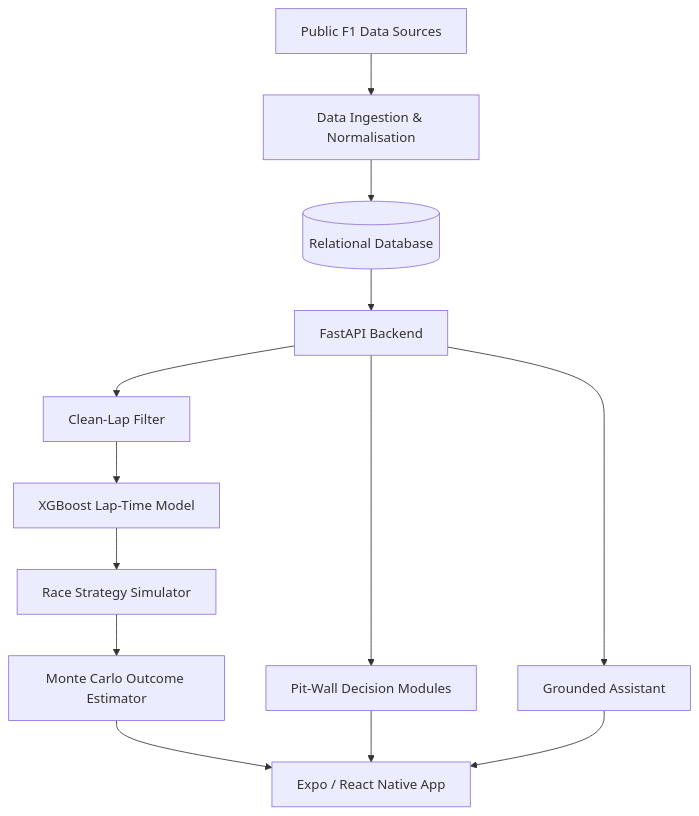
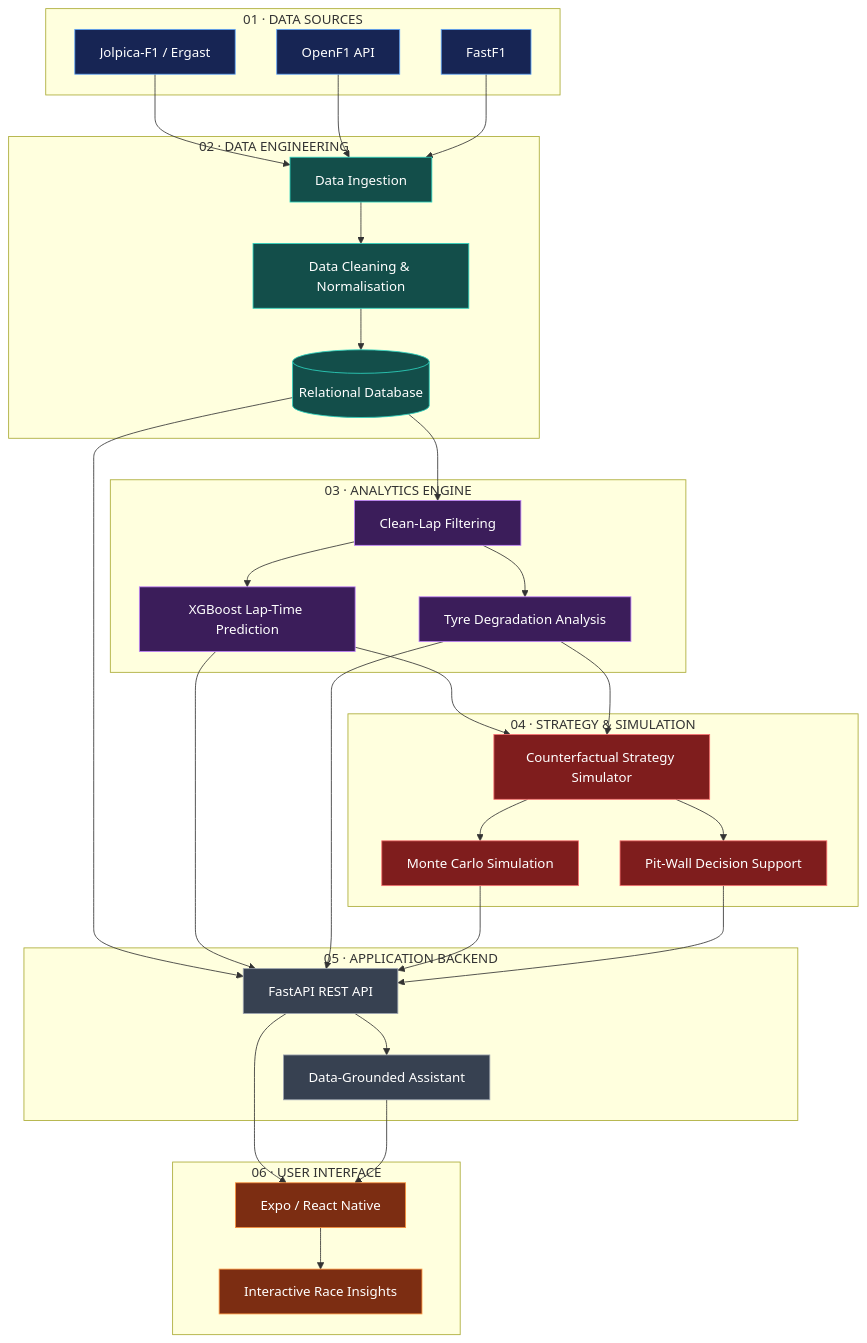
One commit to ankith-official/OpenTyreF1 changed the diagram in README.md. Above: the diagram before and after it, drawn with Mermaid. The commit also changed other lines of this file, not shown here.

````diff
--- a/README.md
+++ b/README.md
@@ -82,15 +92,72 @@
 ```mermaid
-flowchart TD
-    A["Public F1 Data Sources"] --> B["Data Ingestion & Normalisation"]
-    B --> C[("Relational Database")]
-    C --> D["FastAPI Backend"]
-    D --> E["Clean-Lap Filter"]
-    E --> F["XGBoost Lap-Time Model"]
-    F --> G["Race Strategy Simulator"]
-    G --> H["Monte Carlo Outcome Estimator"]
-    D --> I["Pit-Wall Decision Modules"]
-    D --> J["Grounded Assistant"]
-    H --> K["Expo / React Native App"]
-    I --> K
+flowchart TB
+    subgraph DATA["01 · DATA SOURCES"]
+        A["Jolpica-F1 / Ergast"]
+        B["OpenF1 API"]
+        C["FastF1"]
+    end
+
+    subgraph PIPELINE["02 · DATA ENGINEERING"]
+        D["Data Ingestion"]
+        E["Data Cleaning & Normalisation"]
+        F[("Relational Database")]
+    end
+
+    subgraph ENGINE["03 · ANALYTICS ENGINE"]
+        G["Clean-Lap Filtering"]
+        H["XGBoost Lap-Time Prediction"]
+        I["Tyre Degradation Analysis"]
+    end
+
+    subgraph SIMULATION["04 · STRATEGY & SIMULATION"]
+        J["Counterfactual Strategy Simulator"]
+        K["Monte Carlo Simulation"]
+        L["Pit-Wall Decision Support"]
+    end
+
+    subgraph API["05 · APPLICATION BACKEND"]
+        M["FastAPI REST API"]
+        N["Data-Grounded Assistant"]
+    end
+
+    subgraph CLIENT["06 · USER INTERFACE"]
+        O["Expo / React Native"]
+        P["Interactive Race Insights"]
+    end
+
+    A --> D
+    B --> D
+    C --> D
+    D --> E
+    E --> F
+    F --> G
+    G --> H
+    G --> I
+    H --> J
+    I --> J
     J --> K
+    J --> L
+    F --> M
+    H --> M
+    I --> M
+    K --> M
+    L --> M
+    M --> N
+    M --> O
+    N --> O
+    O --> P
+
+    classDef source fill:#172554,stroke:#60A5FA,color:#FFFFFF
+    classDef data fill:#134E4A,stroke:#2DD4BF,color:#FFFFFF
+    classDef ml fill:#3B1D5A,stroke:#C084FC,color:#FFFFFF
+    classDef strategy fill:#7F1D1D,stroke:#F87171,color:#FFFFFF
+    classDef backend fill:#374151,stroke:#9CA3AF,color:#FFFFFF
+    classDef client fill:#7C2D12,stroke:#FB923C,color:#FFFFFF
+
+    class A,B,C source
+    class D,E,F data
+    class G,H,I ml
+    class J,K,L strategy
+    class M,N backend
+    class O,P client
 ```
````
